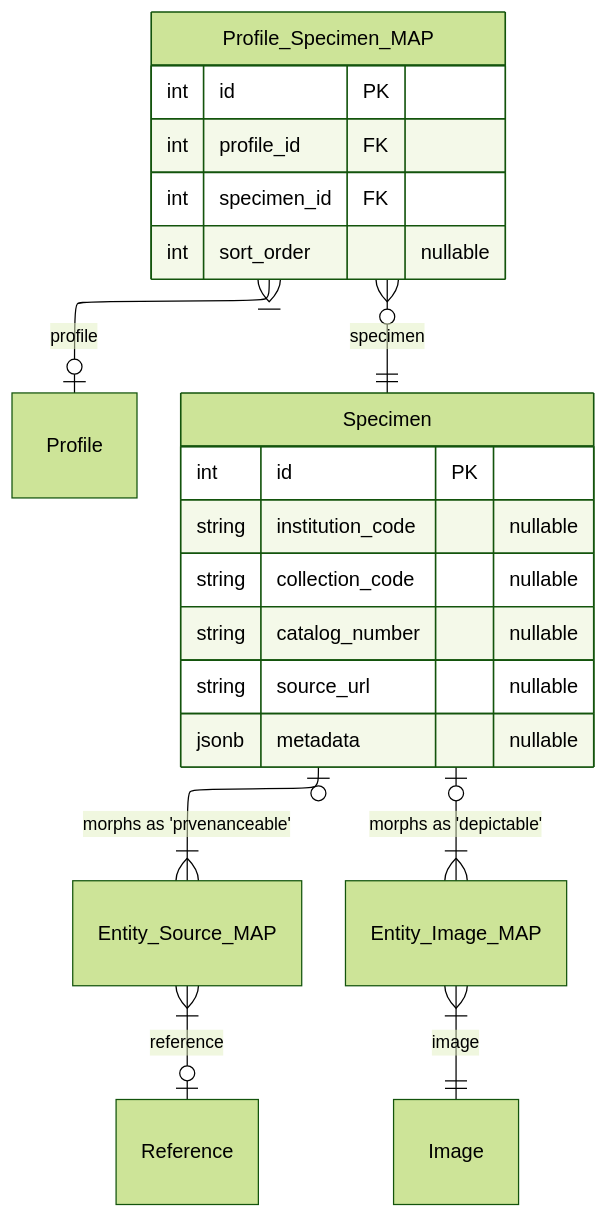
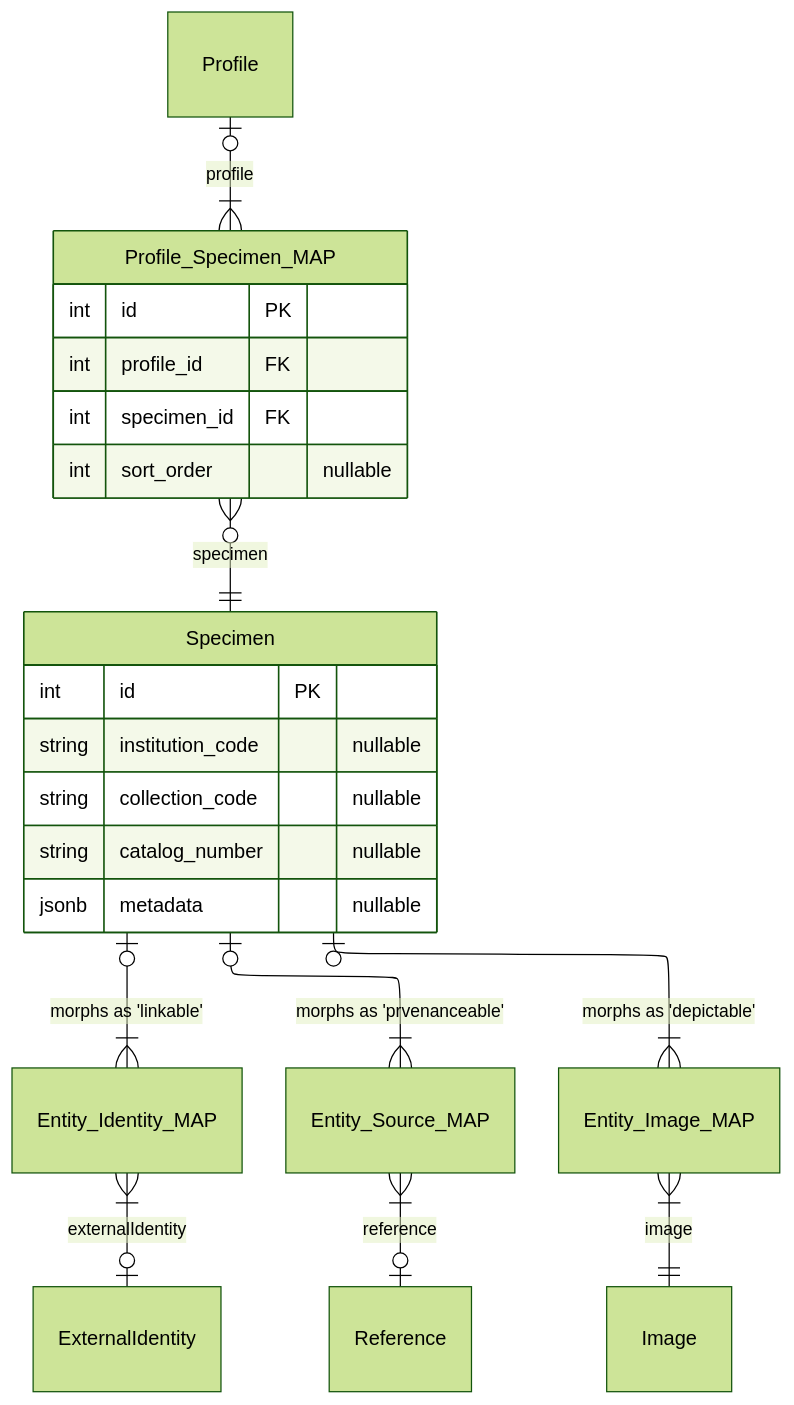
One commit to vicflora/vicflora-docs changed the diagram in source/_mermaid/layer-8b-voucher.mmd. Above: the diagram before and after it, drawn with Mermaid (forest theme).

Commit message:
Update layer 8b. Voucher ERD
- remove source_ulr field from Specimen
- add linkable relationship.

```diff
--- a/source/_mermaid/layer-8b-voucher.mmd
+++ b/source/_mermaid/layer-8b-voucher.mmd
@@ -1,27 +1,28 @@
 ---
 config:
   layout: elk
 ---
 erDiagram
-  Profile_Specimen_MAP }|--o| Profile : "profile"
+  Profile |o--|{ Profile_Specimen_MAP : "profile"
   Profile_Specimen_MAP }o--|| Specimen : "specimen"
+  Specimen |o--|{ Entity_Identity_MAP : "morphs as 'linkable'"
+  Entity_Identity_MAP }|--o| ExternalIdentity : "externalIdentity"
   Specimen |o--|{ Entity_Source_MAP : "morphs as 'prvenanceable'"
   Entity_Source_MAP }|--o| Reference : "reference"
   Specimen |o--|{ Entity_Image_MAP : "morphs as 'depictable'"
   Entity_Image_MAP }|--|| Image : "image"
 
   Profile_Specimen_MAP {
     int id PK
     int profile_id FK 
     int specimen_id FK
     int sort_order "nullable"
   }
 
   Specimen {
     int id PK
     string institution_code "nullable"
     string collection_code "nullable"
     string catalog_number "nullable"
-    string source_url "nullable"
     jsonb metadata "nullable"
   }
```
